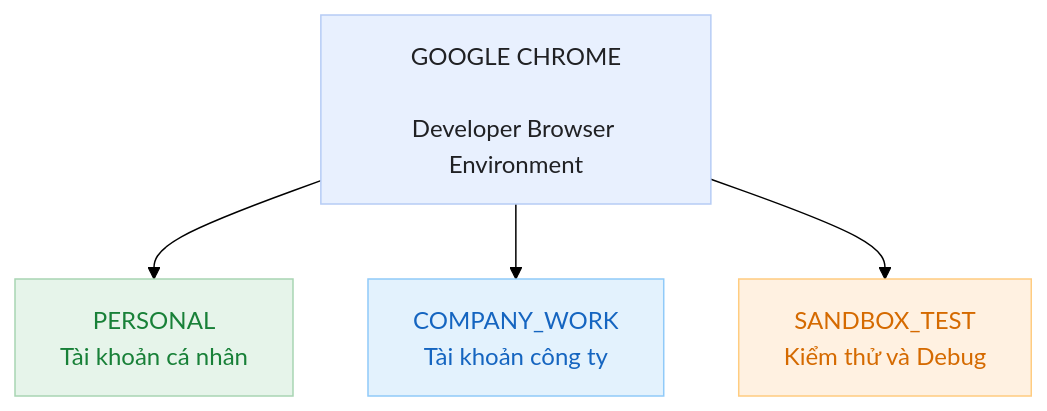
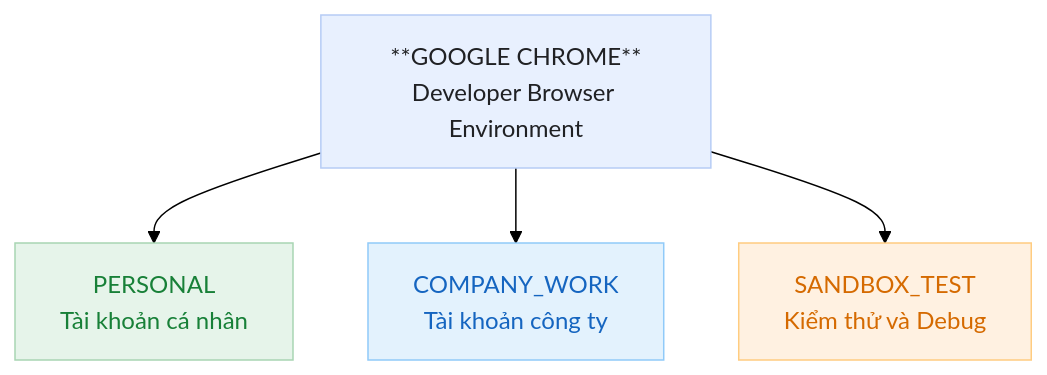
The diagram in README.md (Duyanh2k8/HCM-KS26-CNTT1_NMCNTT_Session16_BTTH), drawn with Mermaid (forest theme) before and after one commit.

````diff
--- a/README.md
+++ b/README.md
@@ -28,19 +28,18 @@
 ```mermaid
 flowchart TB
-    A["GOOGLE CHROME
-<br/>Developer Browser Environment"]
+    A["**GOOGLE CHROME**<br/>Developer Browser Environment"]
 
     A --> B["PERSONAL<br/>Tài khoản cá nhân"]
     A --> C["COMPANY_WORK<br/>Tài khoản công ty"]
     A --> D["SANDBOX_TEST<br/>Kiểm thử và Debug"]
 
     classDef main fill:#E8F0FE,stroke:#B6CCF5,color:#202124
     classDef personal fill:#E6F4EA,stroke:#A8D5B3,color:#188038
     classDef work fill:#E3F2FD,stroke:#90CAF9,color:#1565C0
     classDef sandbox fill:#FFF1E1,stroke:#FFCC80,color:#D56A00
 
     class A main
     class B personal
     class C work
     class D sandbox
 ```
````
